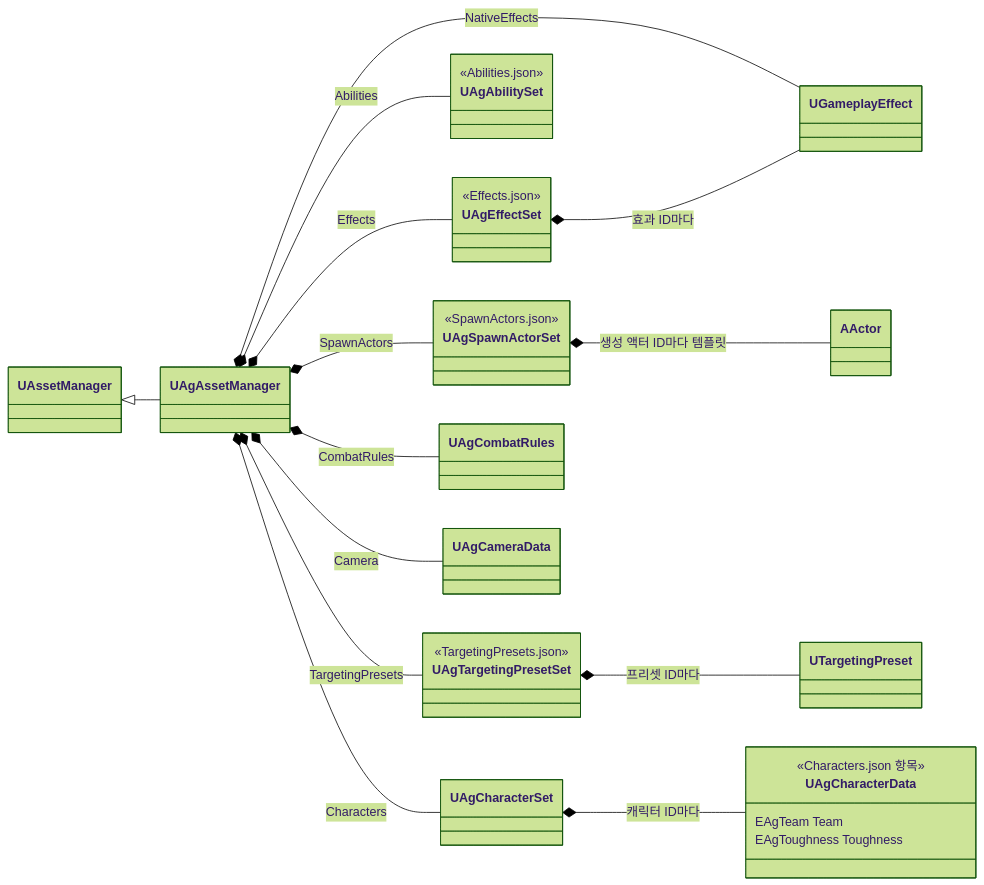
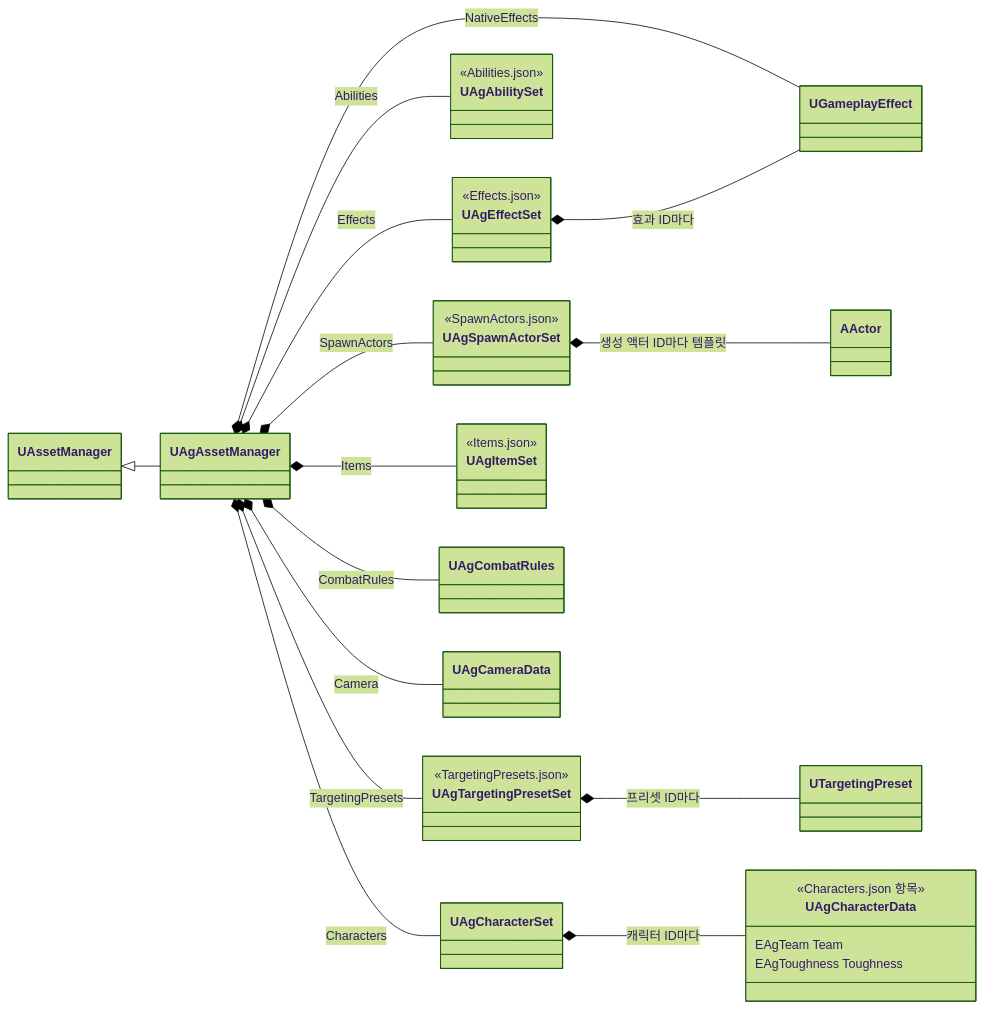
One commit to Woogl/Ag changed the second of 2 diagrams in Docs/Architecture/데이터 로딩과 스키마.md. Above: the diagram before and after it, drawn with Mermaid (forest theme). The commit also changed other lines of this file and 13 other files, not shown here.

````diff
--- a/Docs/Architecture/데이터 로딩과 스키마.md
+++ b/Docs/Architecture/데이터 로딩과 스키마.md
@@ -239,34 +259,38 @@
 ```mermaid
 classDiagram
     direction LR
     class UAgEffectSet {
         <<Effects.json>>
     }
     class UAgAbilitySet {
         <<Abilities.json>>
     }
     class UAgSpawnActorSet {
         <<SpawnActors.json>>
     }
     class UAgTargetingPresetSet {
         <<TargetingPresets.json>>
     }
+    class UAgItemSet {
+        <<Items.json>>
+    }
     class UAgCharacterData {
         <<Characters.json 항목>>
         EAgTeam Team
         EAgToughness Toughness
     }
     UAssetManager <|-- UAgAssetManager
     UAgAssetManager *-- UAgCombatRules : CombatRules
     UAgAssetManager *-- UAgCameraData : Camera
     UAgAssetManager *-- UAgEffectSet : Effects
     UAgAssetManager *-- UGameplayEffect : NativeEffects
     UAgAssetManager *-- UAgSpawnActorSet : SpawnActors
     UAgSpawnActorSet *-- AActor : 생성 액터 ID마다 템플릿
     UAgAssetManager *-- UAgTargetingPresetSet : TargetingPresets
+    UAgAssetManager *-- UAgItemSet : Items
     UAgAssetManager *-- UAgAbilitySet : Abilities
     UAgAssetManager *-- UAgCharacterSet : Characters
     UAgCharacterSet *-- UAgCharacterData : 캐릭터 ID마다
     UAgEffectSet *-- UGameplayEffect : 효과 ID마다
     UAgTargetingPresetSet *-- UTargetingPreset : 프리셋 ID마다
 ```
````
